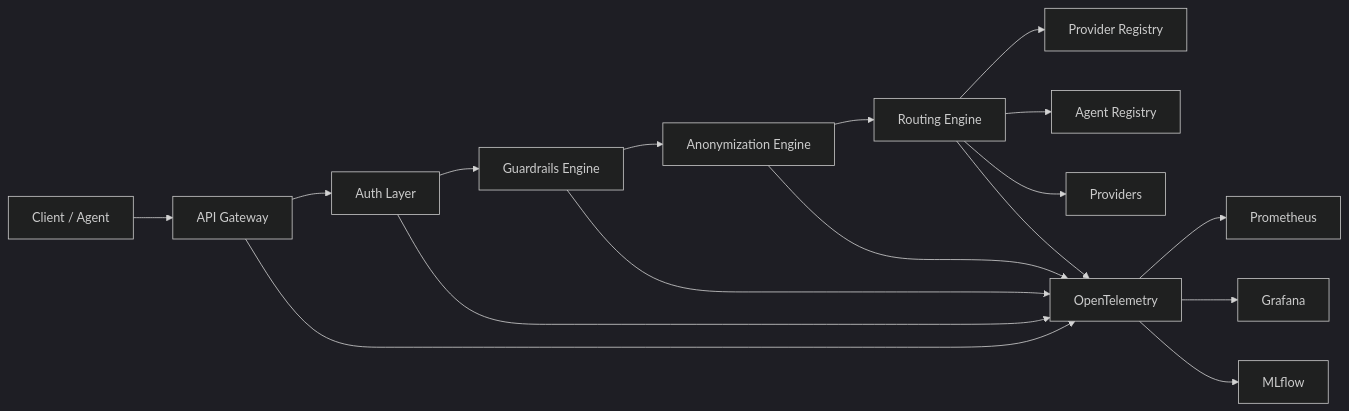
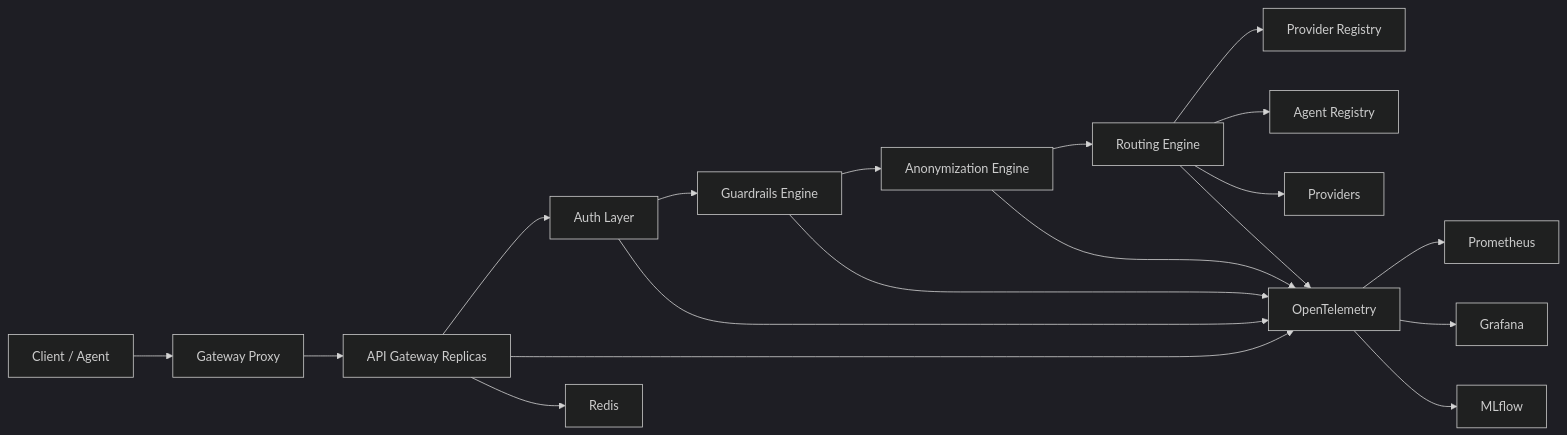
One commit to PeMikj/astrixa changed the diagram in README.md. Above: the diagram before and after it, drawn with Mermaid (dark theme). The commit also changed other lines of this file and 2 other files, not shown here.

Commit message:
docs: document redis and multi-replica gateway

````diff
--- a/README.md
+++ b/README.md
@@ -45,20 +50,22 @@
 ```mermaid
 flowchart LR
-    Client[Client / Agent] --> GW[API Gateway]
+    Client[Client / Agent] --> PX[Gateway Proxy]
+    PX --> GW[API Gateway Replicas]
     GW --> AUTH[Auth Layer]
     AUTH --> GR[Guardrails Engine]
     GR --> ANON[Anonymization Engine]
     ANON --> RE[Routing Engine]
     RE --> PR[Provider Registry]
     RE --> AR[Agent Registry]
     RE --> PA[Providers]
 
     GW --> OTEL[OpenTelemetry]
     RE --> OTEL
     GR --> OTEL
     ANON --> OTEL
     AUTH --> OTEL
+    GW --> REDIS[Redis]
     OTEL --> PROM[Prometheus]
     OTEL --> GRAF[Grafana]
     OTEL --> MLF[MLflow]
 ```
````
